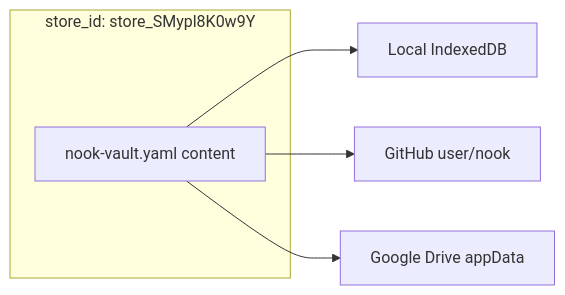
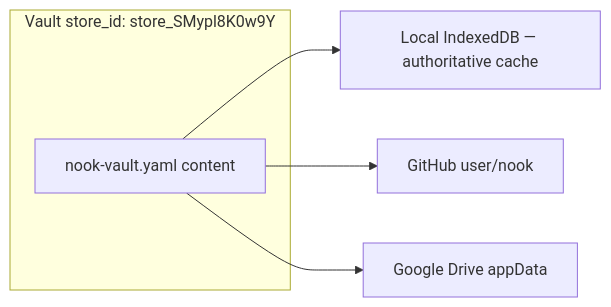
The diagram in .cortex/design-docs/secret-store-identity.md (meta-secret/nook), drawn with Mermaid before and after one commit. The commit also changed other lines of this file and 83 other files, not shown here.

First line of the commit message:
Unified vault: local-first architecture and full UI rollout (#79)

````diff
--- a/.cortex/design-docs/secret-store-identity.md
+++ b/.cortex/design-docs/secret-store-identity.md
@@ -69,9 +71,9 @@
 ```mermaid
 flowchart LR
-  subgraph store["store_id: store_SMypl8K0w9Y"]
+  subgraph store["Vault store_id: store_SMypl8K0w9Y"]
     V[nook-vault.yaml content]
   end
-  V --> L[Local IndexedDB]
+  V --> L[Local IndexedDB — authoritative cache]
   V --> G[GitHub user/nook]
   V --> D[Google Drive appData]
 ```
````
